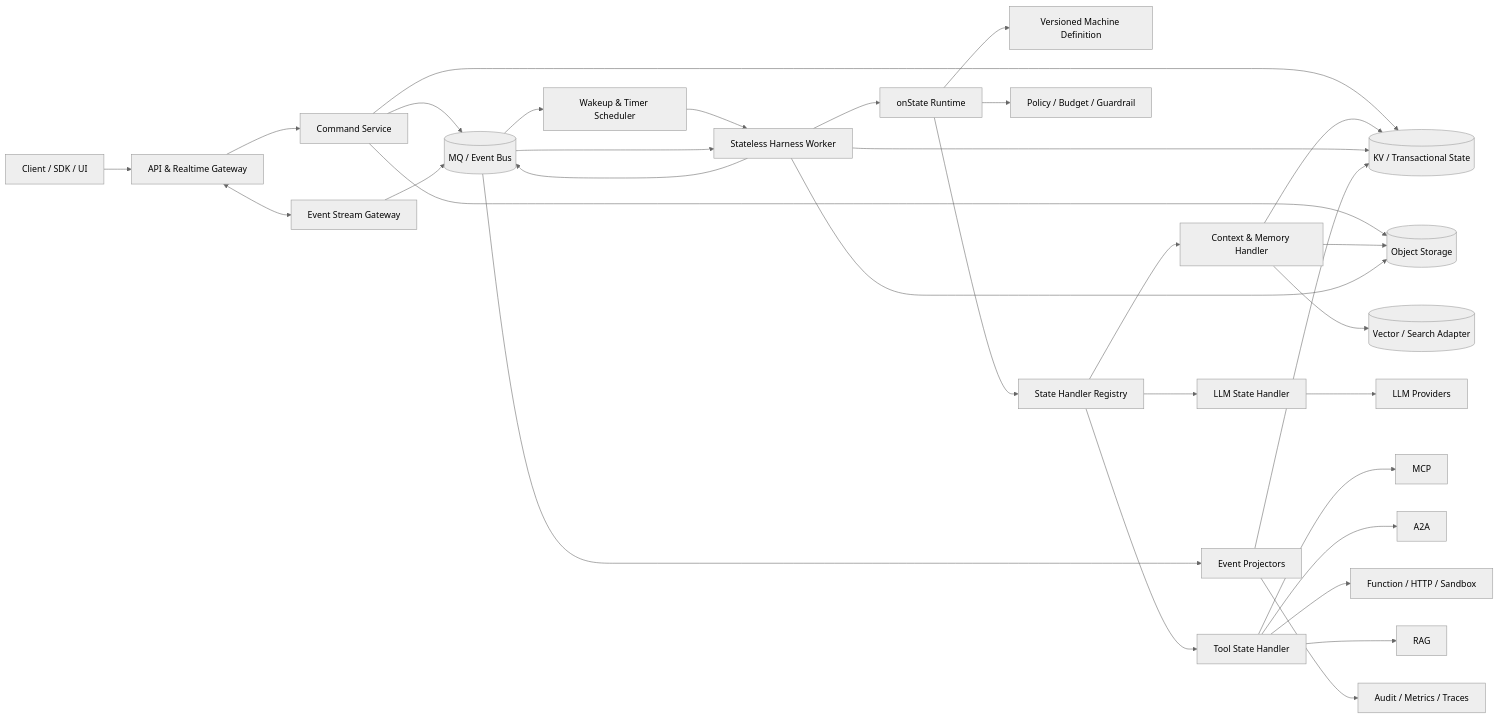
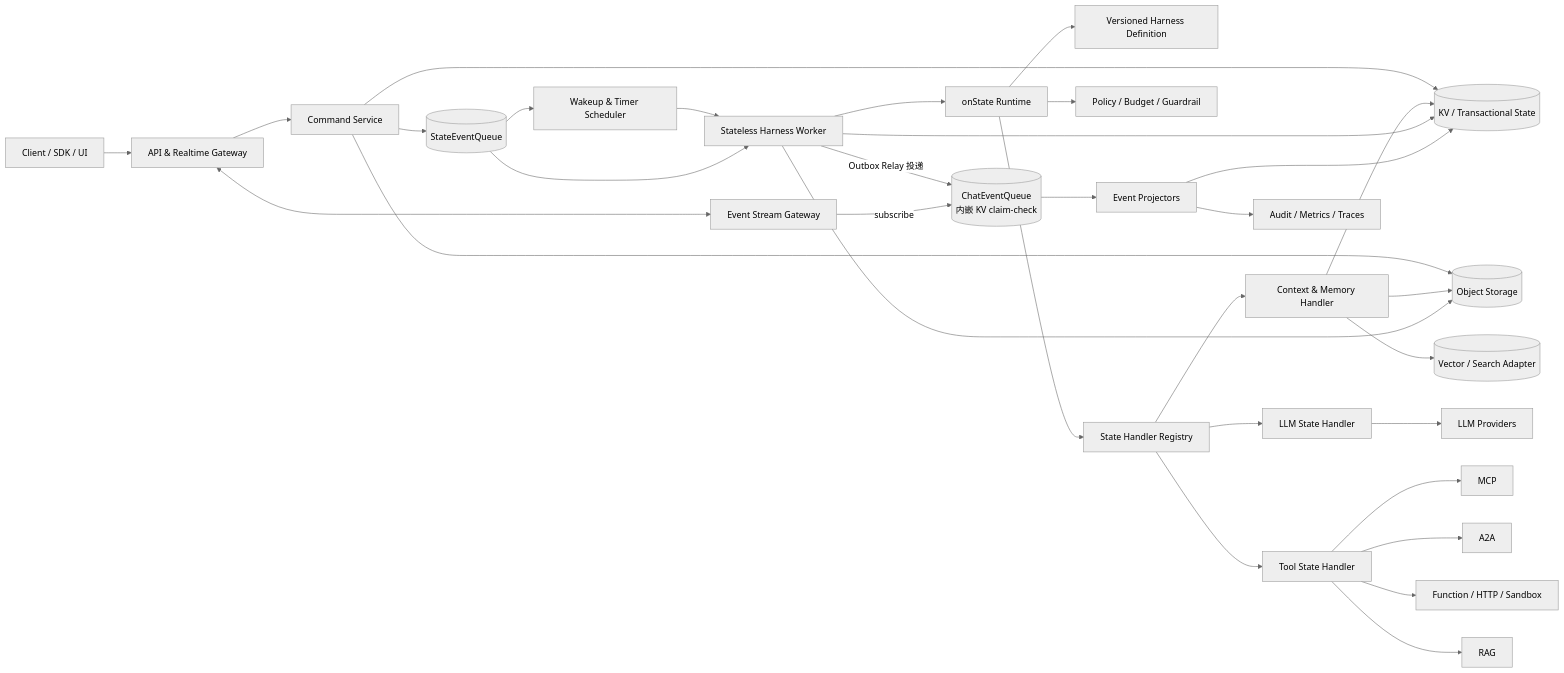
One commit to ai-sea/elastic-harness changed the first of 11 diagrams in docs/arch.md. Above: the diagram before and after it, drawn with Mermaid (neutral theme). The commit also changed other lines of this file and 1 other file, not shown here.

````diff
--- a/docs/arch.md
+++ b/docs/arch.md
@@ -53,41 +66,41 @@
 ```mermaid
 flowchart LR
     Client[Client / SDK / UI] --> Gateway[API & Realtime Gateway]
     Gateway --> Command[Command Service]
     Gateway <--> Stream[Event Stream Gateway]
 
     Command --> KV[(KV / Transactional State)]
     Command --> Blob[(Object Storage)]
-    Command --> MQ[(MQ / Event Bus)]
+    Command --> SEQ[(StateEventQueue)]
 
-    MQ --> Scheduler[Wakeup & Timer Scheduler]
+    SEQ --> Scheduler[Wakeup & Timer Scheduler]
     Scheduler --> Worker[Stateless Harness Worker]
-    MQ --> Worker
+    SEQ --> Worker
 
     Worker --> Engine[onState Runtime]
-    Engine --> Definition[Versioned Machine Definition]
+    Engine --> Definition[Versioned Harness Definition]
     Engine --> Handlers[State Handler Registry]
     Engine --> Policy[Policy / Budget / Guardrail]
     Handlers --> Context[Context & Memory Handler]
     Handlers --> Model[LLM State Handler]
     Handlers --> Tools[Tool State Handler]
 
     Context --> KV
     Context --> Vector[(Vector / Search Adapter)]
     Context --> Blob
 
     Tools --> MCP[MCP]
     Tools --> A2A[A2A]
     Tools --> Generic[Function / HTTP / Sandbox]
     Tools --> RAG[RAG]
 
     Model --> Providers[LLM Providers]
     Worker --> KV
     Worker --> Blob
-    Worker --> MQ
+    Worker -->|Outbox Relay 投递| CEQ[(ChatEventQueue<br/>内嵌 KV claim-check)]
 
-    MQ --> Projector[Event Projectors]
+    CEQ --> Projector[Event Projectors]
     Projector --> KV
     Projector --> Obs[Audit / Metrics / Traces]
-    Stream --> MQ
+    Stream -->|subscribe| CEQ
 ```
````
